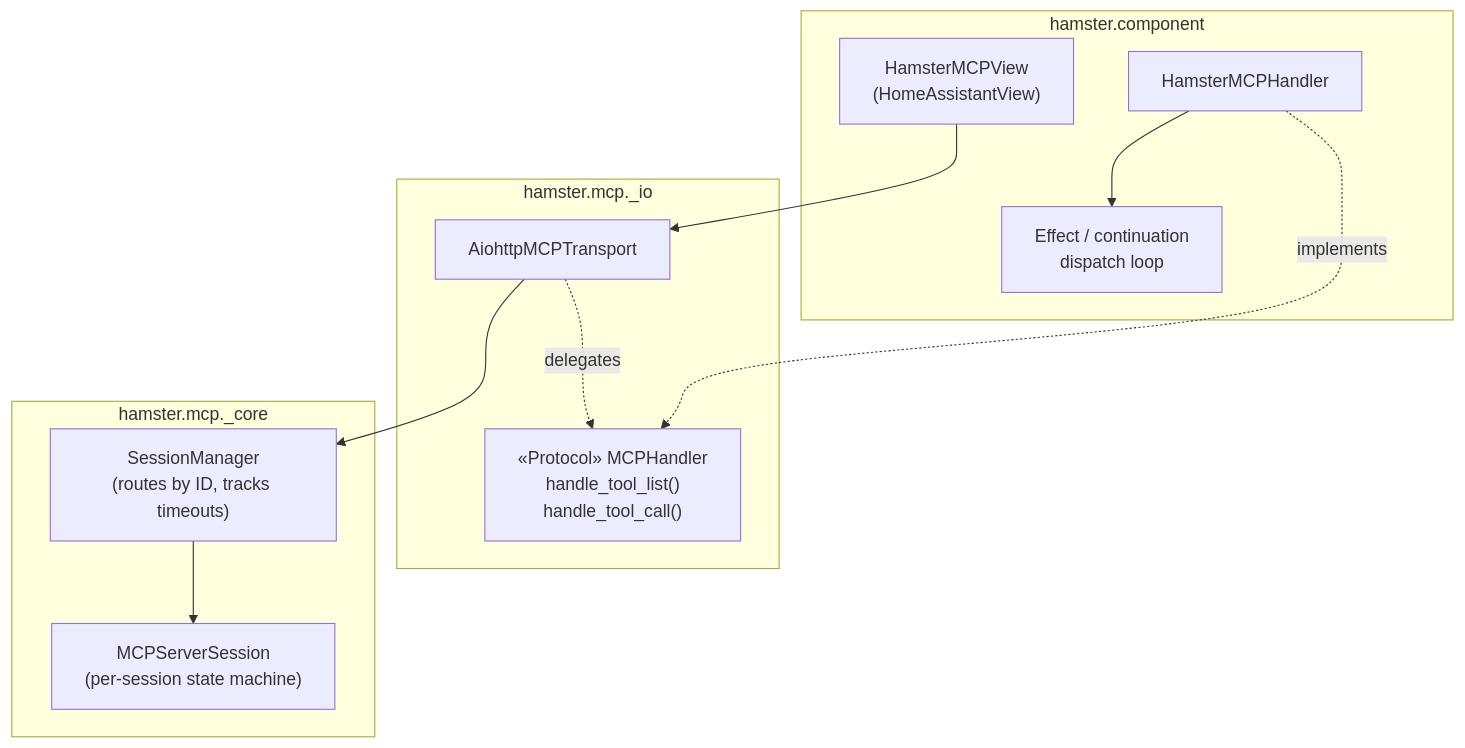
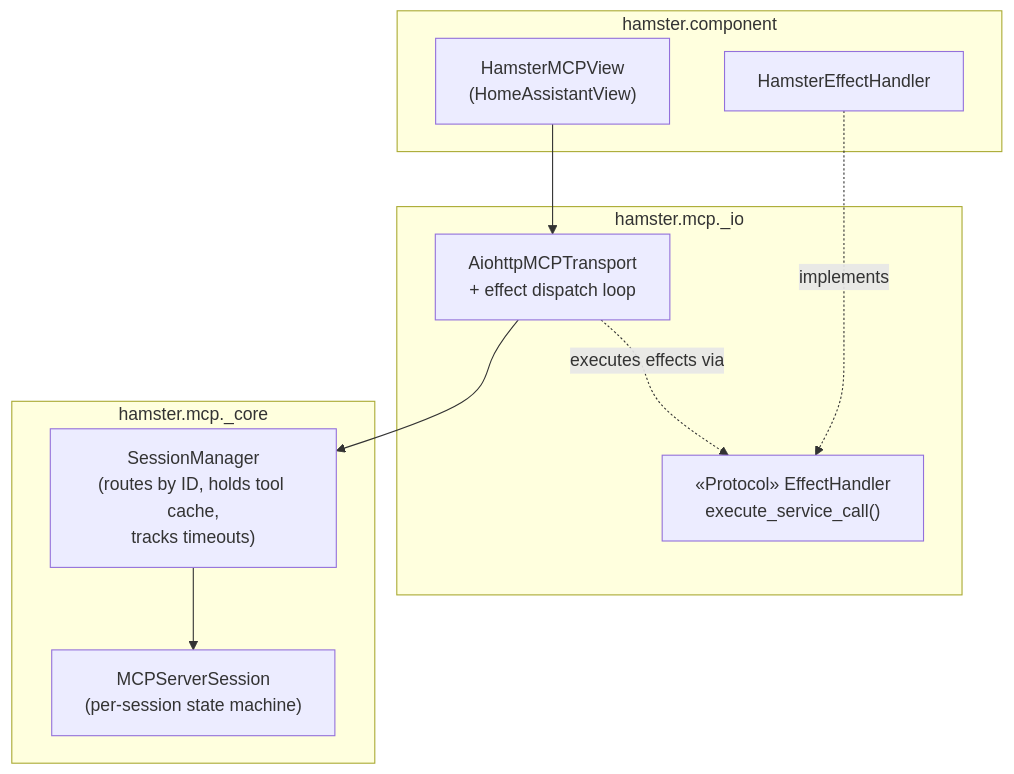
Before and after one commit to altendky/hamster-mcp: the second of 2 diagrams in docs/src/project/architecture.md, drawn with Mermaid. The commit also changed other lines of this file and 4 other files, not shown here.

First line of the commit message:
Redesign: core produces responses, handler shrinks to EffectHandler

````diff
--- a/docs/src/project/architecture.md
+++ b/docs/src/project/architecture.md
@@ -101,25 +151,23 @@
 ```mermaid
 flowchart TB
     subgraph component["hamster.component"]
         view["HamsterMCPView\n(HomeAssistantView)"]
-        handler["HamsterMCPHandler"]
-        dispatch["Effect / continuation\ndispatch loop"]
+        handler["HamsterEffectHandler"]
     end
 
     subgraph io["hamster.mcp._io"]
-        transport["AiohttpMCPTransport"]
-        protocol["«Protocol» MCPHandler\nhandle_tool_list()\nhandle_tool_call()"]
+        transport["AiohttpMCPTransport\n+ effect dispatch loop"]
+        protocol["«Protocol» EffectHandler\nexecute_service_call()"]
     end
 
     subgraph core["hamster.mcp._core"]
-        manager["SessionManager\n(routes by ID, tracks timeouts)"]
+        manager["SessionManager\n(routes by ID, holds tool cache,\ntracks timeouts)"]
         session["MCPServerSession\n(per-session state machine)"]
     end
 
     view --> transport
     transport --> manager
     manager --> session
-    transport -.->|delegates| protocol
+    transport -.->|executes effects via| protocol
     handler -.->|implements| protocol
-    handler --> dispatch
 ```
````
